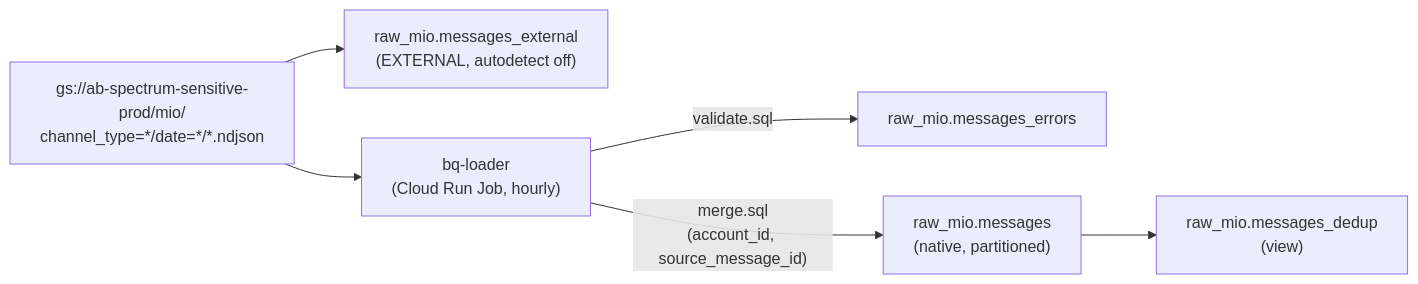
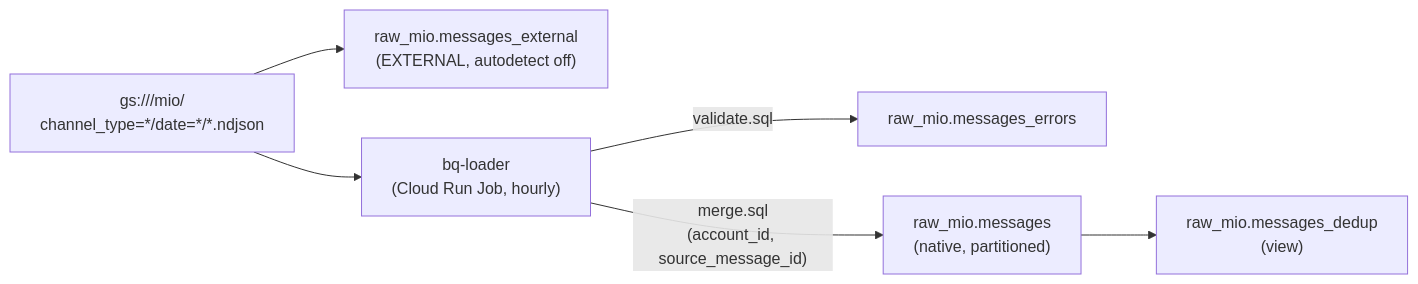
The fourth of 5 diagrams in docs/system-architecture.md (CrashChat-ai/mio), drawn with Mermaid before and after one commit. The commit also changed other lines of this file and 11 other files, not shown here.

````diff
--- a/docs/system-architecture.md
+++ b/docs/system-architecture.md
@@ -326,8 +326,8 @@
 ```mermaid
 flowchart LR
-  GCS["gs://ab-spectrum-sensitive-prod/mio/<br/>channel_type=*/date=*/*.ndjson"] --> EXT["raw_mio.messages_external<br/>(EXTERNAL, autodetect off)"]
+  GCS["gs://<your-mio-ndjson-bucket>/mio/<br/>channel_type=*/date=*/*.ndjson"] --> EXT["raw_mio.messages_external<br/>(EXTERNAL, autodetect off)"]
   GCS --> JOB["bq-loader<br/>(Cloud Run Job, hourly)"]
   JOB -- "validate.sql" --> ERR["raw_mio.messages_errors"]
   JOB -- "merge.sql<br/>(account_id, source_message_id)" --> NATIVE["raw_mio.messages<br/>(native, partitioned)"]
   NATIVE --> VIEW["raw_mio.messages_dedup<br/>(view)"]
 ```
````
